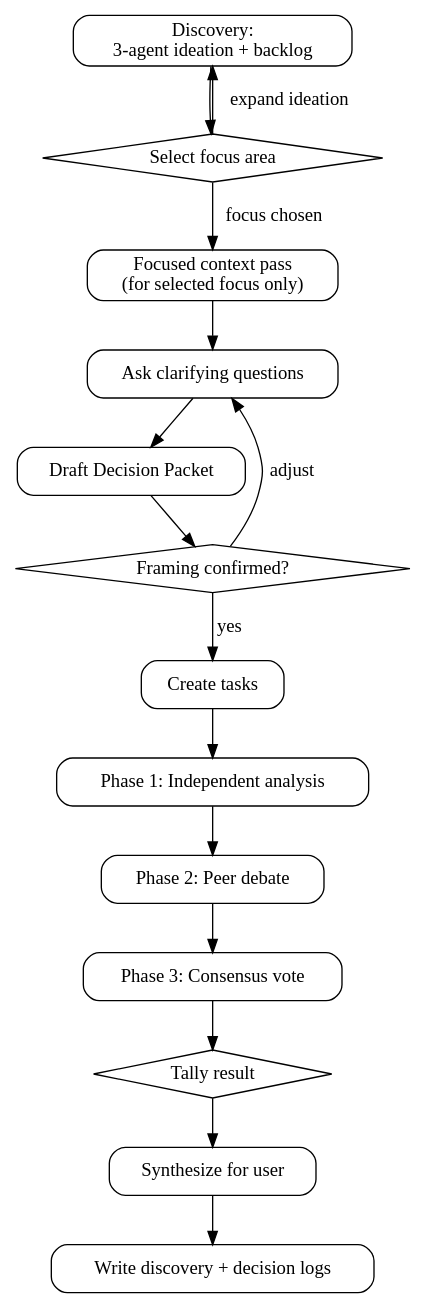
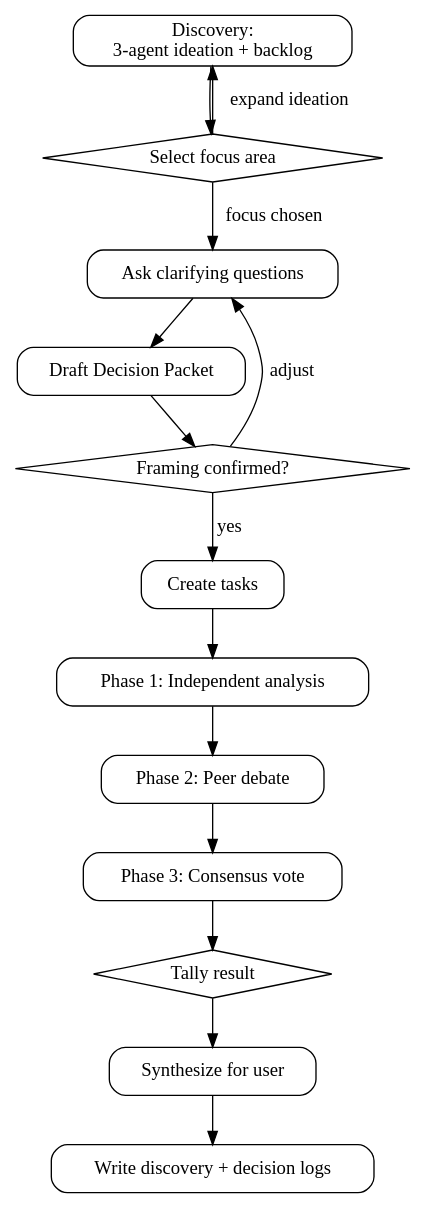
The diagram in skills/magi/SKILL.md (vinta/hal-9000), drawn with Graphviz before and after one commit. The commit also changed other lines of this file, not shown here.

First line of the commit message:
magi: remove focused context pass after focus selection

````diff
--- a/skills/magi/SKILL.md
+++ b/skills/magi/SKILL.md
@@ -73,31 +73,29 @@
 ```dot
 digraph magi {
     rankdir=TB;
     node [shape=box, style=rounded];
 
     discover [label="Discovery:\n3-agent ideation + backlog"];
     select [label="Select focus area" shape=diamond style=""];
-    orient [label="Focused context pass\n(for selected focus only)"];
     clarify [label="Ask clarifying questions"];
     packet [label="Draft Decision Packet"];
     confirm [label="Framing confirmed?" shape=diamond style=""];
     spawn [label="Create tasks"];
     analysis [label="Phase 1: Independent analysis"];
     debate [label="Phase 2: Peer debate"];
     vote [label="Phase 3: Consensus vote"];
     tally [label="Tally result" shape=diamond style=""];
     synth [label="Synthesize for user"];
     log [label="Write discovery + decision logs"];
 
     discover -> select;
     select -> discover [label="expand ideation"];
-    select -> orient [label="focus chosen"];
-    orient -> clarify;
+    select -> clarify [label="focus chosen"];
     clarify -> packet -> confirm;
     confirm -> clarify [label="adjust"];
     confirm -> spawn [label="yes"];
     spawn -> analysis -> debate -> vote -> tally;
     tally -> synth;
     synth -> log;
 }
 ```
````
